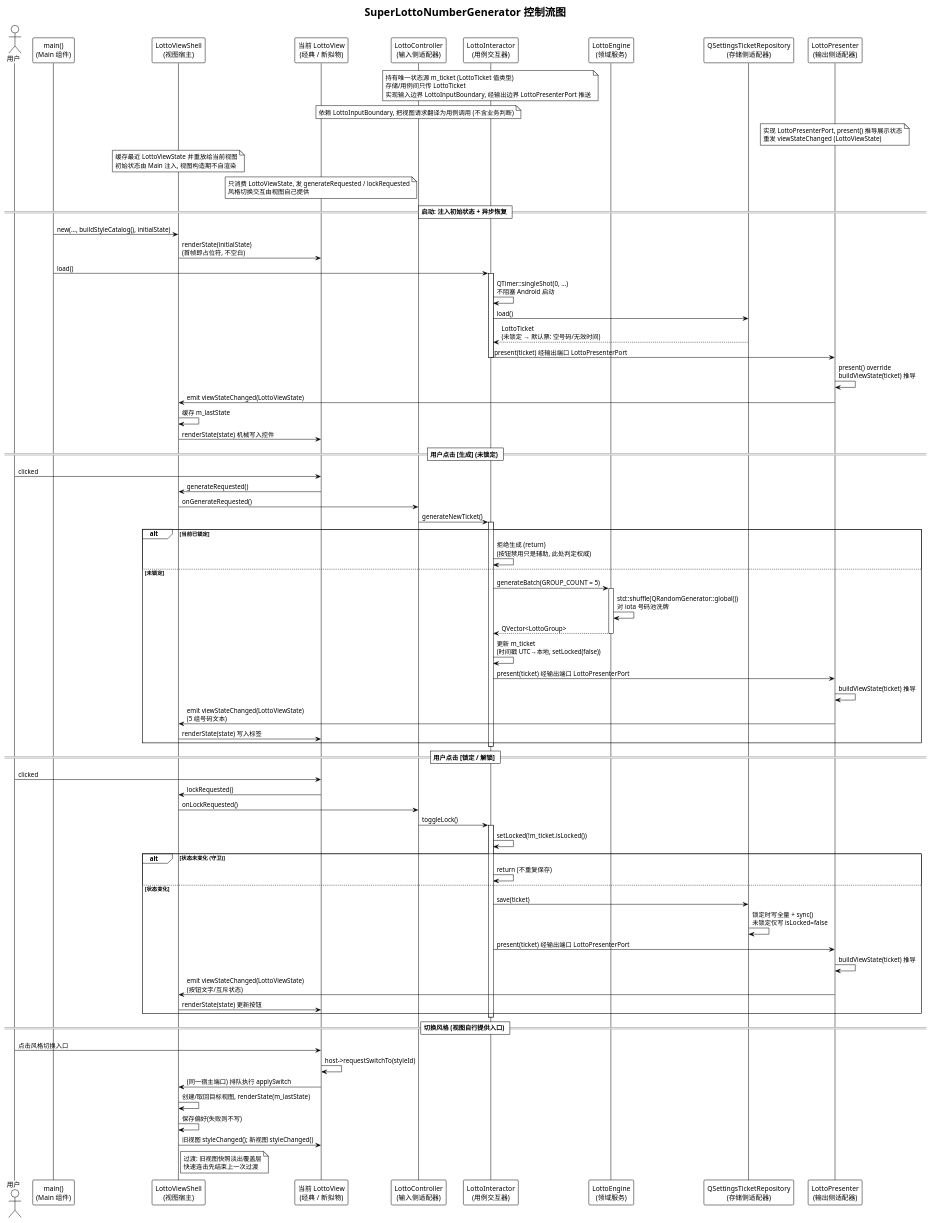
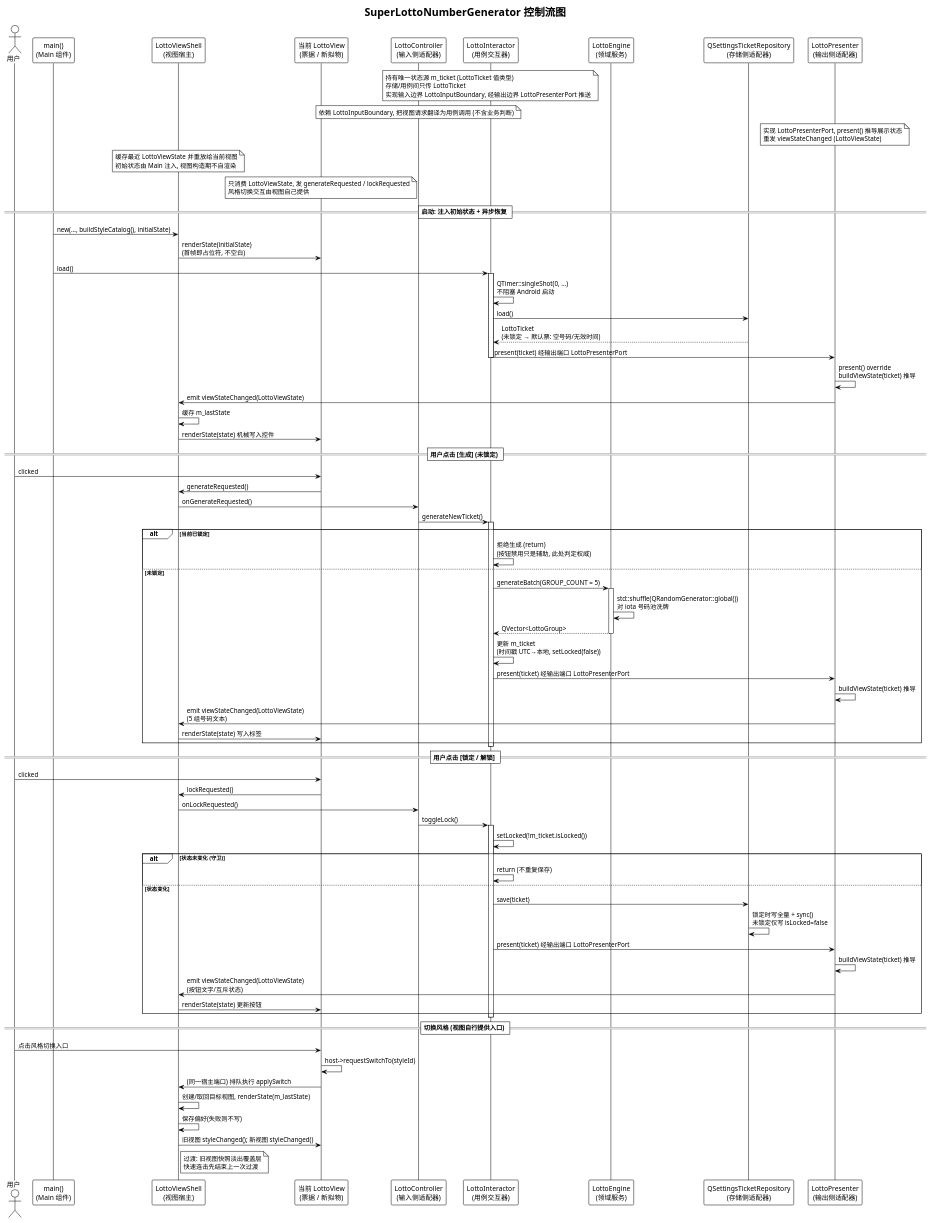
Before and after one commit to weiiiyan/SuperLottoNumberGenerator: the diagram in doc/control-flow.puml, drawn with PlantUML. The commit also changed 52 other files, not shown here.

```diff
--- a/doc/control-flow.puml
+++ b/doc/control-flow.puml
@@ -1,93 +1,93 @@
 @startuml control-flow
 !theme plain
 ' 控制流图: 启动恢复 / 生成号码 / 锁定切换
 ' 渲染: 可用 VS Code PlantUML 插件, 或上传 kroki.io / plantuml.com 在线渲染
 
 title SuperLottoNumberGenerator 控制流图
 
 actor 用户 as U
 participant "main()\n(Main 组件)" as Main
 participant "LottoViewShell\n(视图宿主)" as Shell
-participant "当前 LottoView\n(经典 / 新拟物)" as V
+participant "当前 LottoView\n(票据 / 新拟物)" as V
 participant "LottoController\n(输入侧适配器)" as Ctrl
 participant "LottoInteractor\n(用例交互器)" as C
 participant "LottoEngine\n(领域服务)" as E
 participant "QSettingsTicketRepository\n(存储侧适配器)" as R
 participant "LottoPresenter\n(输出侧适配器)" as P
 
 note over C : 持有唯一状态源 m_ticket (LottoTicket 值类型)\n存储/用例间只传 LottoTicket\n实现输入边界 LottoInputBoundary, 经输出边界 LottoPresenterPort 推送
 note over Ctrl : 依赖 LottoInputBoundary, 把视图请求翻译为用例调用 (不含业务判断)
 note over P : 实现 LottoPresenterPort, present() 推导展示状态\n重发 viewStateChanged (LottoViewState)
 note over Shell : 缓存最近 LottoViewState 并重放给当前视图\n初始状态由 Main 注入, 视图构造期不自渲染
 note over V : 只消费 LottoViewState, 发 generateRequested / lockRequested\n风格切换交互由视图自己提供
 
 == 启动: 注入初始状态 + 异步恢复 ==
 
 Main -> Shell : new(..., buildStyleCatalog(), initialState)
 Shell -> V : renderState(initialState)\n(首帧即占位符, 不空白)
 Main -> C : load()
 activate C
 C -> C : QTimer::singleShot(0, ...)\n不阻塞 Android 启动
 C -> R : load()
 R --> C : LottoTicket\n(未锁定 → 默认票: 空号码/无效时间)
 C -> P : present(ticket) 经输出端口 LottoPresenterPort
 deactivate C
 P -> P : present() override\nbuildViewState(ticket) 推导
 P -> Shell : emit viewStateChanged(LottoViewState)
 Shell -> Shell : 缓存 m_lastState
 Shell -> V : renderState(state) 机械写入控件
 
 == 用户点击 [生成] (未锁定) ==
 
 U -> V : clicked
 V -> Shell : generateRequested()
 Shell -> Ctrl : onGenerateRequested()
 Ctrl -> C : generateNewTicket()
 activate C
 alt 当前已锁定
     C -> C : 拒绝生成 (return)\n(按钮禁用只是辅助, 此处判定权威)
 else 未锁定
     C -> E : generateBatch(GROUP_COUNT = 5)
     activate E
     E -> E : std::shuffle(QRandomGenerator::global())\n对 iota 号码池洗牌
     E --> C : QVector<LottoGroup>
     deactivate E
     C -> C : 更新 m_ticket\n(时间戳 UTC→本地, setLocked(false))
     C -> P : present(ticket) 经输出端口 LottoPresenterPort
     P -> P : buildViewState(ticket) 推导
     P -> Shell : emit viewStateChanged(LottoViewState)\n(5 组号码文本)
     Shell -> V : renderState(state) 写入标签
 end
 deactivate C
 
 == 用户点击 [锁定 / 解锁] ==
 
 U -> V : clicked
 V -> Shell : lockRequested()
 Shell -> Ctrl : onLockRequested()
 Ctrl -> C : toggleLock()
 activate C
 C -> C : setLocked(!m_ticket.isLocked())
 alt 状态未变化 (守卫)
     C -> C : return (不重复保存)
 else 状态变化
     C -> R : save(ticket)
     R -> R : 锁定时写全量 + sync()\n未锁定仅写 isLocked=false
     C -> P : present(ticket) 经输出端口 LottoPresenterPort
     P -> P : buildViewState(ticket) 推导
     P -> Shell : emit viewStateChanged(LottoViewState)\n(按钮文字/互斥状态)
     Shell -> V : renderState(state) 更新按钮
 end
 deactivate C
 
 == 切换风格 (视图自行提供入口) ==
 
 U -> V : 点击风格切换入口
 V -> V : host->requestSwitchTo(styleId)
 V -> Shell : (同一宿主端口) 排队执行 applySwitch
 Shell -> Shell : 创建/取回目标视图, renderState(m_lastState)
 Shell -> Shell : 保存偏好(失败则不写)
 Shell -> V : 旧视图 styleChanged(); 新视图 styleChanged()
 note right of Shell : 过渡: 旧视图快照淡出覆盖层\n快速连击先结束上一次过渡
 
 @enduml
```
